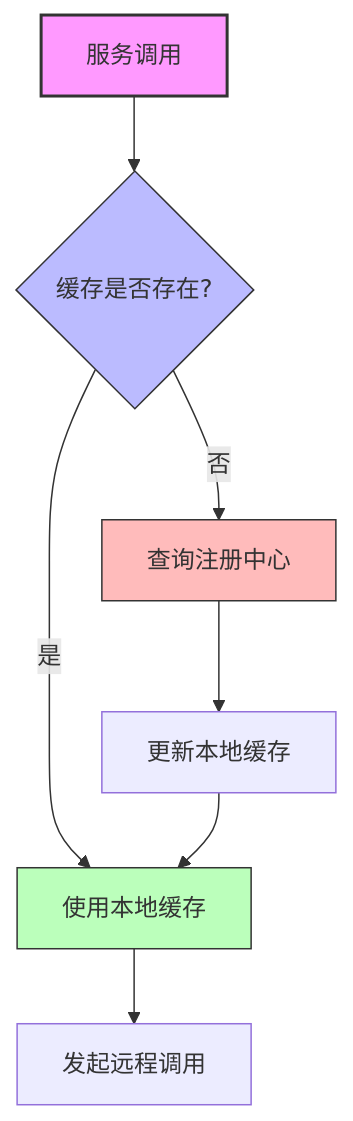
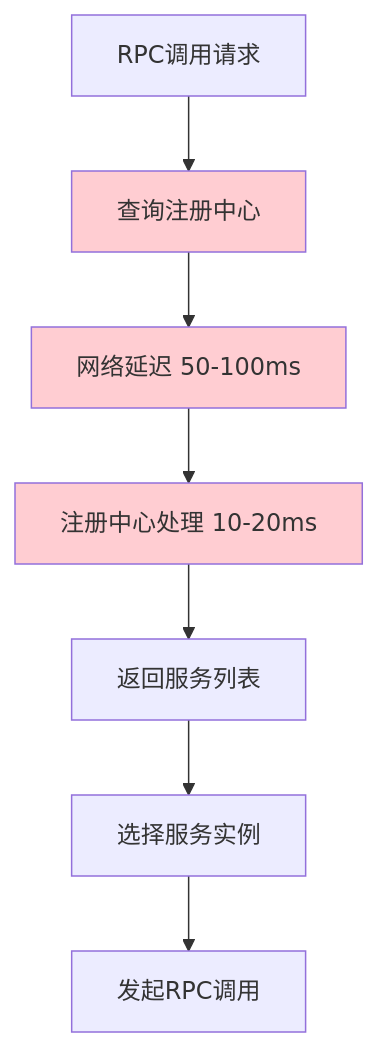
The first of 5 diagrams in doc/服务注册信息缓存优化.md (2042159221/learn-RPC), drawn with Mermaid before and after one commit. The commit also changed other lines of this file and 30 other files, not shown here.

````diff
--- a/doc/服务注册信息缓存优化.md
+++ b/doc/服务注册信息缓存优化.md
@@ -24,14 +19,13 @@
 ```mermaid
 graph TD
-    A[服务调用] --> B{缓存是否存在?}
-    B -->|是| C[使用本地缓存]
-    B -->|否| D[查询注册中心]
-    D --> E[更新本地缓存]
-    E --> C
-    C --> F[发起远程调用]
-    
-    style A fill:#f9f,stroke:#333,stroke-width:2px
-    style B fill:#bbf,stroke:#333,stroke-width:1px
-    style C fill:#bfb,stroke:#333,stroke-width:1px
-    style D fill:#fbb,stroke:#333,stroke-width:1px
+    A[RPC调用请求] --> B[查询注册中心]
+    B --> C[网络延迟 50-100ms]
+    C --> D[注册中心处理 10-20ms]
+    D --> E[返回服务列表]
+    E --> F[选择服务实例]
+    F --> G[发起RPC调用]
+
+    style B fill:#ffcdd2
+    style C fill:#ffcdd2
+    style D fill:#ffcdd2
 ```
````
